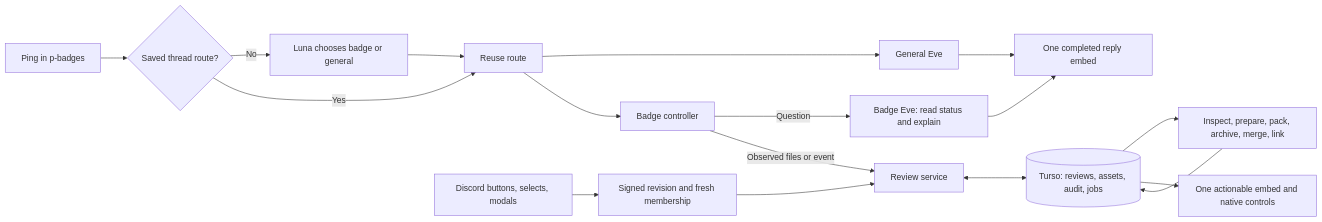
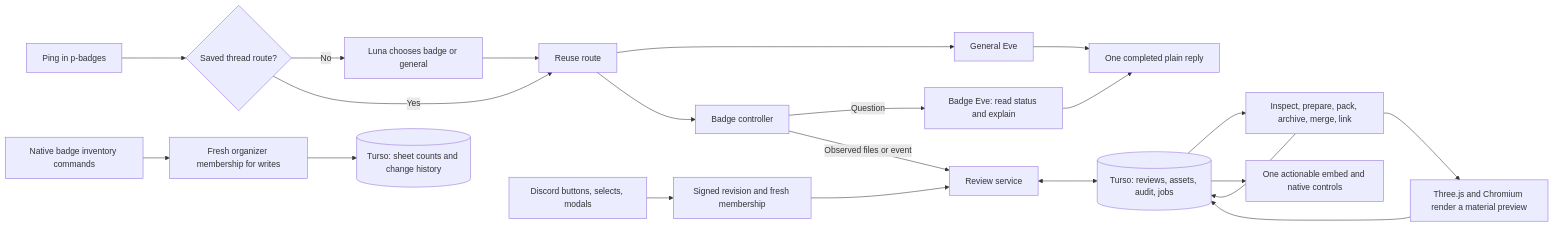
The first of 2 diagrams in docs/badge-review.md (purduehackers/wack-hacker), drawn with Mermaid before and after one commit. The commit also changed other lines of this file and 46 other files, not shown here.

Commit message:
Add badge material previews, stock commands, and designer confirmations

````diff
--- a/docs/badge-review.md
+++ b/docs/badge-review.md
@@ -40,19 +42,23 @@
 ```mermaid
 flowchart LR
   Mention[Ping in p-badges] --> Route{Saved thread route?}
   Route -->|No| Luna[Luna chooses badge or general]
   Route -->|Yes| Saved[Reuse route]
   Luna --> Saved
   Saved --> General[General Eve]
   Saved --> Intake[Badge controller]
   Intake -->|Question| Eve[Badge Eve: read status and explain]
   Intake -->|Observed files or event| Service[Review service]
   Native[Discord buttons, selects, modals] --> Auth[Signed revision and fresh membership]
   Auth --> Service
   Service <--> DB[(Turso: reviews, assets, audit, jobs)]
   DB --> Worker[Inspect, prepare, pack, archive, merge, link]
   Worker --> DB
+  Worker --> Render[Three.js and Chromium render a material preview]
+  Render --> DB
+  Inventory[Native badge inventory commands] --> StockAuth[Fresh organizer membership for writes]
+  StockAuth --> Stock[(Turso: sheet counts and change history)]
   DB --> Delivery[One actionable embed and native controls]
-  Eve --> Reply[One completed reply embed]
+  Eve --> Reply[One completed plain reply]
   General --> Reply
 ```
````
